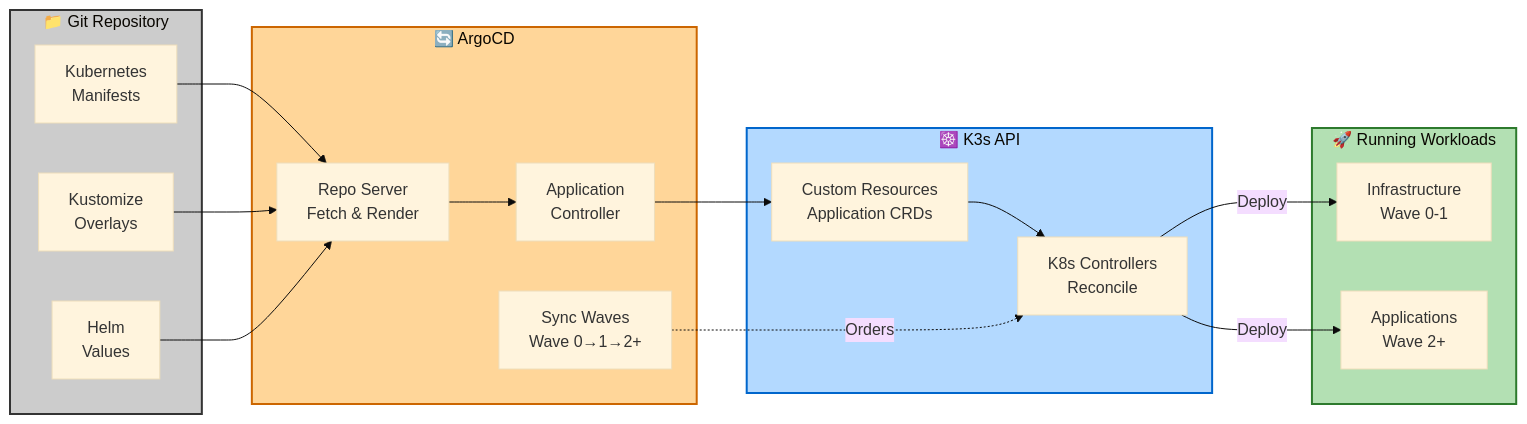
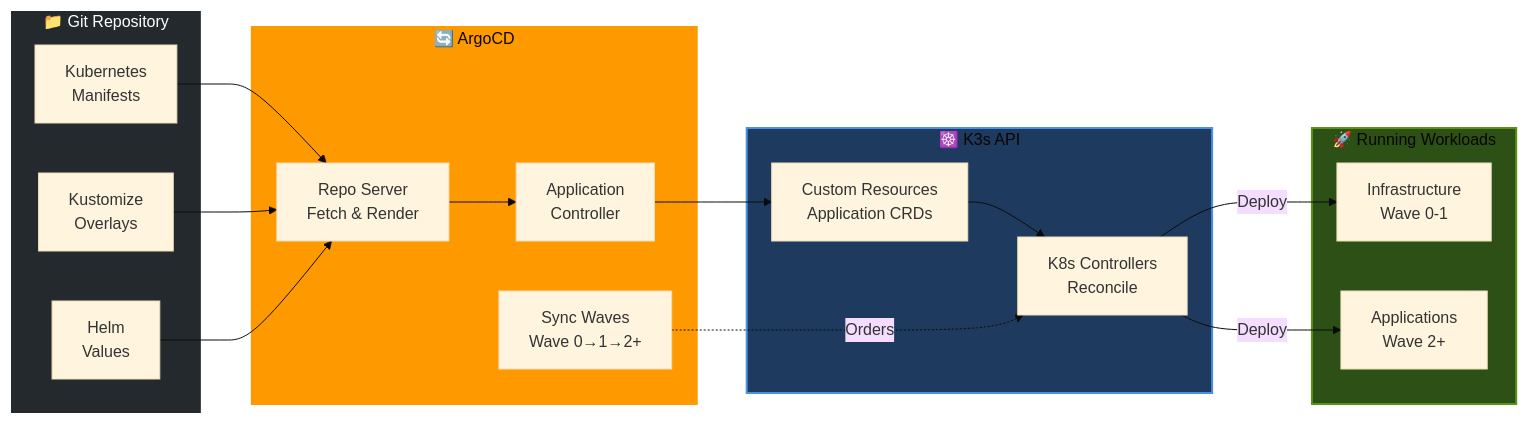
Before and after one commit to seadogger-tech/seadogger-homelab: the third of 6 diagrams in docs/wiki/02-Architecture.md, drawn with Mermaid (base theme). The commit also changed other lines of this file and 1 other file, not shown here.

First line of the commit message:
Revert to original dark color scheme for diagram blocks

````diff
--- a/docs/wiki/02-Architecture.md
+++ b/docs/wiki/02-Architecture.md
@@ -173,42 +173,42 @@
 ```mermaid
 graph LR
     subgraph Git["📁 Git Repository"]
         Manifests[Kubernetes<br/>Manifests]
         Kustomize[Kustomize<br/>Overlays]
         Helm[Helm<br/>Values]
     end
 
     subgraph ArgoCD["🔄 ArgoCD"]
         RepoServer[Repo Server<br/>Fetch & Render]
         AppController[Application<br/>Controller]
         SyncWaves[Sync Waves<br/>Wave 0→1→2+]
     end
 
     subgraph K3s["☸️ K3s API"]
         CRDs[Custom Resources<br/>Application CRDs]
         Controllers[K8s Controllers<br/>Reconcile]
     end
 
     subgraph Cluster["🚀 Running Workloads"]
         Infra[Infrastructure<br/>Wave 0-1]
         Applications[Applications<br/>Wave 2+]
     end
 
     Manifests --> RepoServer
     Kustomize --> RepoServer
     Helm --> RepoServer
 
     RepoServer --> AppController
     AppController --> CRDs
 
     CRDs --> Controllers
     SyncWaves -.->|Orders| Controllers
 
     Controllers -->|Deploy| Infra
     Controllers -->|Deploy| Applications
 
-    style Git fill:#cccccc,stroke:#333333,stroke-width:2px
-    style ArgoCD fill:#ffd699,stroke:#cc6600,stroke-width:2px
-    style K3s fill:#b3d9ff,stroke:#0066cc,stroke-width:2px
-    style Cluster fill:#b3e0b3,stroke:#2d7a2d,stroke-width:2px
+    style Git fill:#24292e,stroke:#ffffff,stroke-width:2px,color:#fff
+    style ArgoCD fill:#ff9900,stroke:#ff9900,stroke-width:2px
+    style K3s fill:#1e3a5f,stroke:#4a90e2,stroke-width:2px
+    style Cluster fill:#2d5016,stroke:#5a9216,stroke-width:2px
 ```
````
